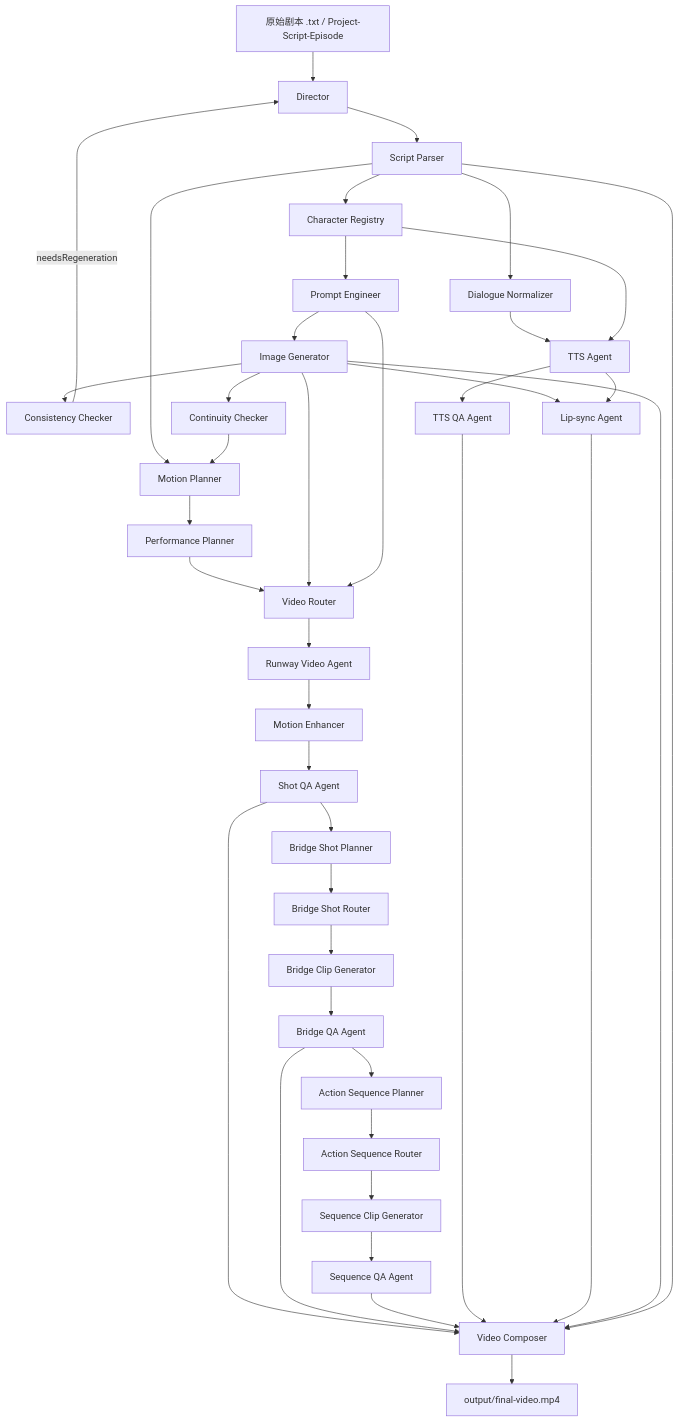
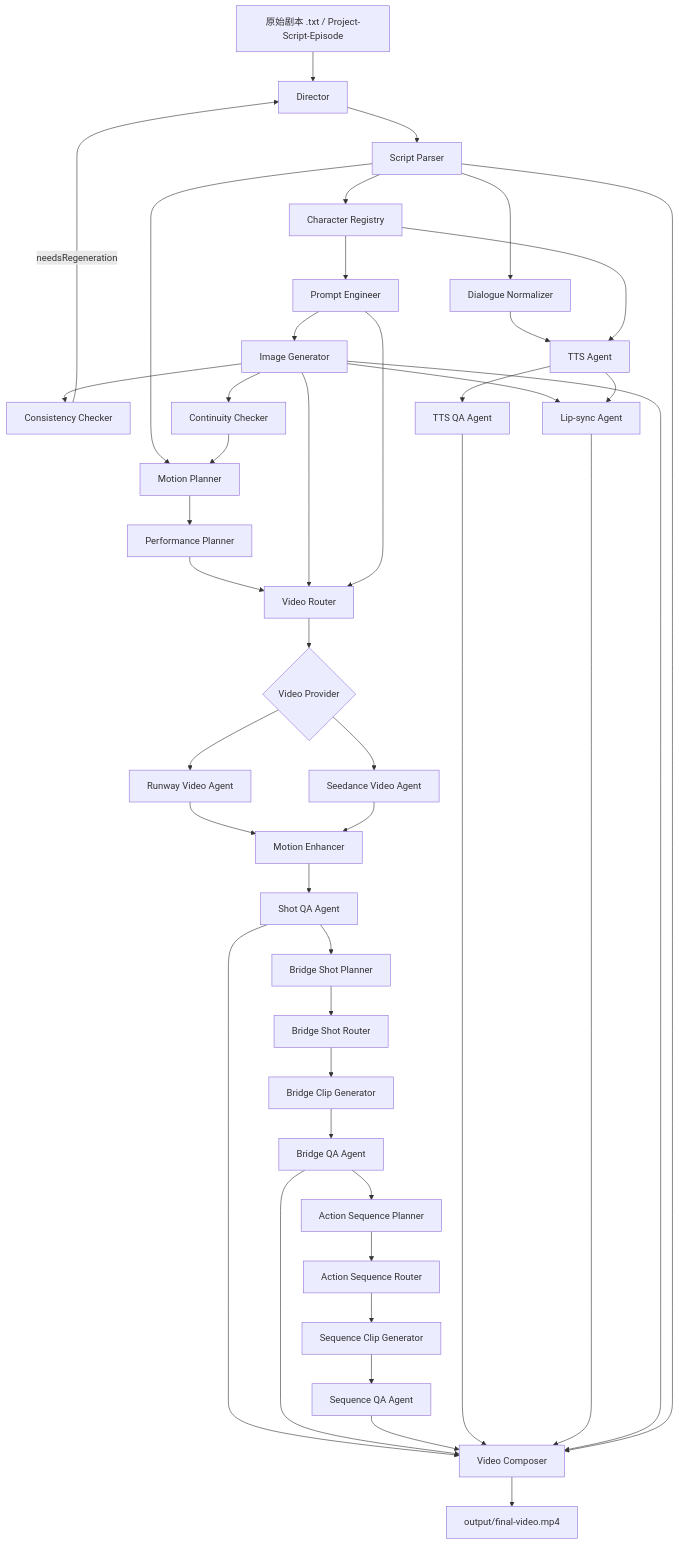
Before and after one commit to OliverPanda/AI-video-factory-pro: the first of 3 diagrams in docs/agents/agent-io-map.md, drawn with Mermaid. The commit also changed other lines of this file and 37 other files, not shown here.

````diff
--- a/docs/agents/agent-io-map.md
+++ b/docs/agents/agent-io-map.md
@@ -10,42 +10,45 @@
 ```mermaid
 flowchart TD
     A[原始剧本 .txt / Project-Script-Episode] --> B[Director]
     B --> C[Script Parser]
     C --> D[Character Registry]
     D --> E[Prompt Engineer]
     E --> F[Image Generator]
     F --> G[Consistency Checker]
     G -->|needsRegeneration| B
     F --> H[Continuity Checker]
     C --> I[Motion Planner]
     H --> I
     I --> J[Performance Planner]
     J --> K[Video Router]
     F --> K
     E --> K
-    K --> L[Runway Video Agent]
-    L --> M[Motion Enhancer]
+    K --> L{Video Provider}
+    L --> L1[Runway Video Agent]
+    L --> L2[Seedance Video Agent]
+    L1 --> M[Motion Enhancer]
+    L2 --> M
     M --> N[Shot QA Agent]
     N --> BS[Bridge Shot Planner]
     BS --> BR[Bridge Shot Router]
     BR --> BG[Bridge Clip Generator]
     BG --> BQ[Bridge QA Agent]
     BQ --> ASP[Action Sequence Planner]
     ASP --> ASR[Action Sequence Router]
     ASR --> ASG[Sequence Clip Generator]
     ASG --> ASQ[Sequence QA Agent]
     C --> DN[Dialogue Normalizer]
     DN --> O[TTS Agent]
     D --> O
     O --> P[TTS QA Agent]
     F --> Q[Lip-sync Agent]
     O --> Q
     N --> R[Video Composer]
     BQ --> R
     ASQ --> R
     P --> R
     Q --> R
     F --> R
     C --> R
     R --> S[output/final-video.mp4]
 ```
````
